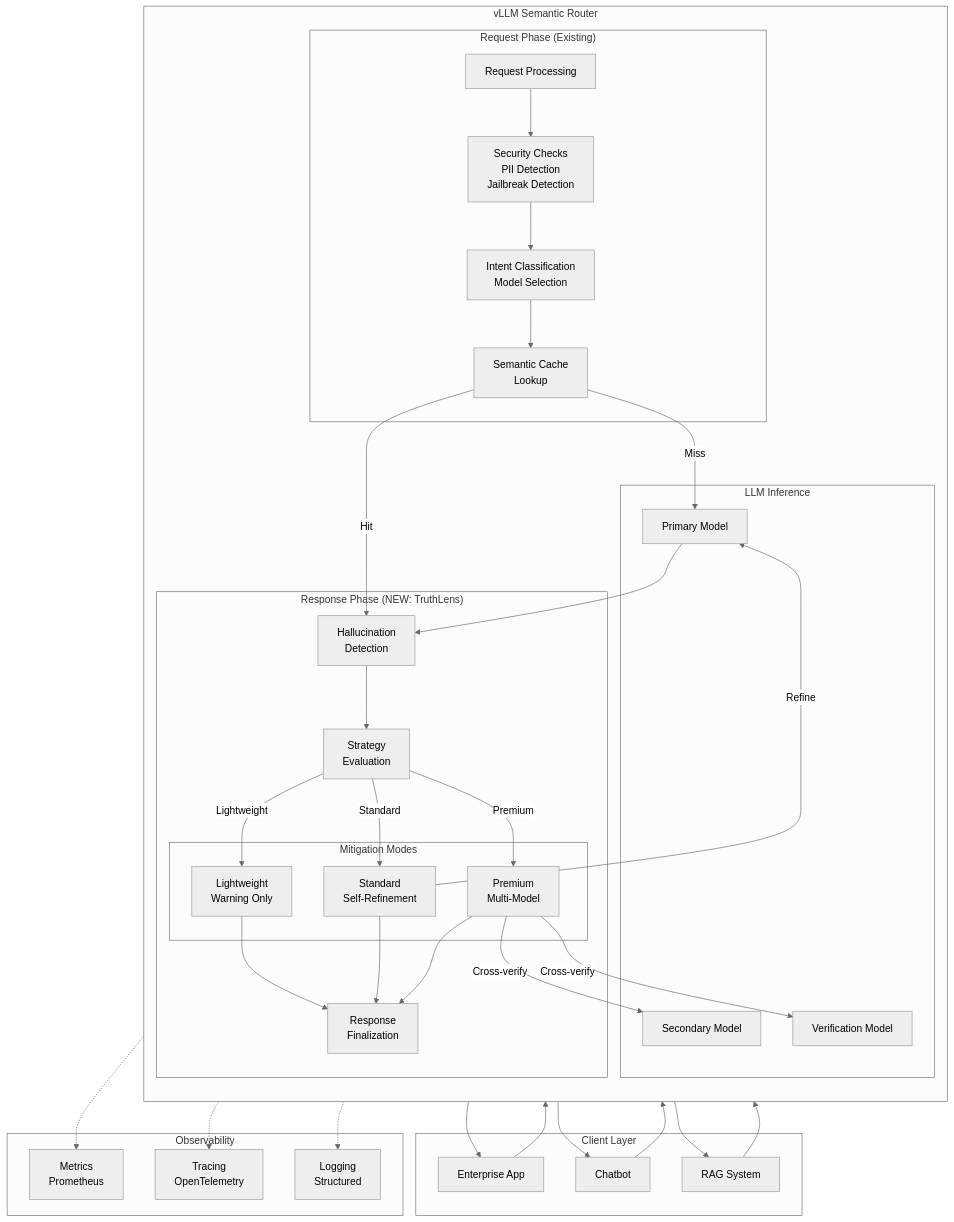
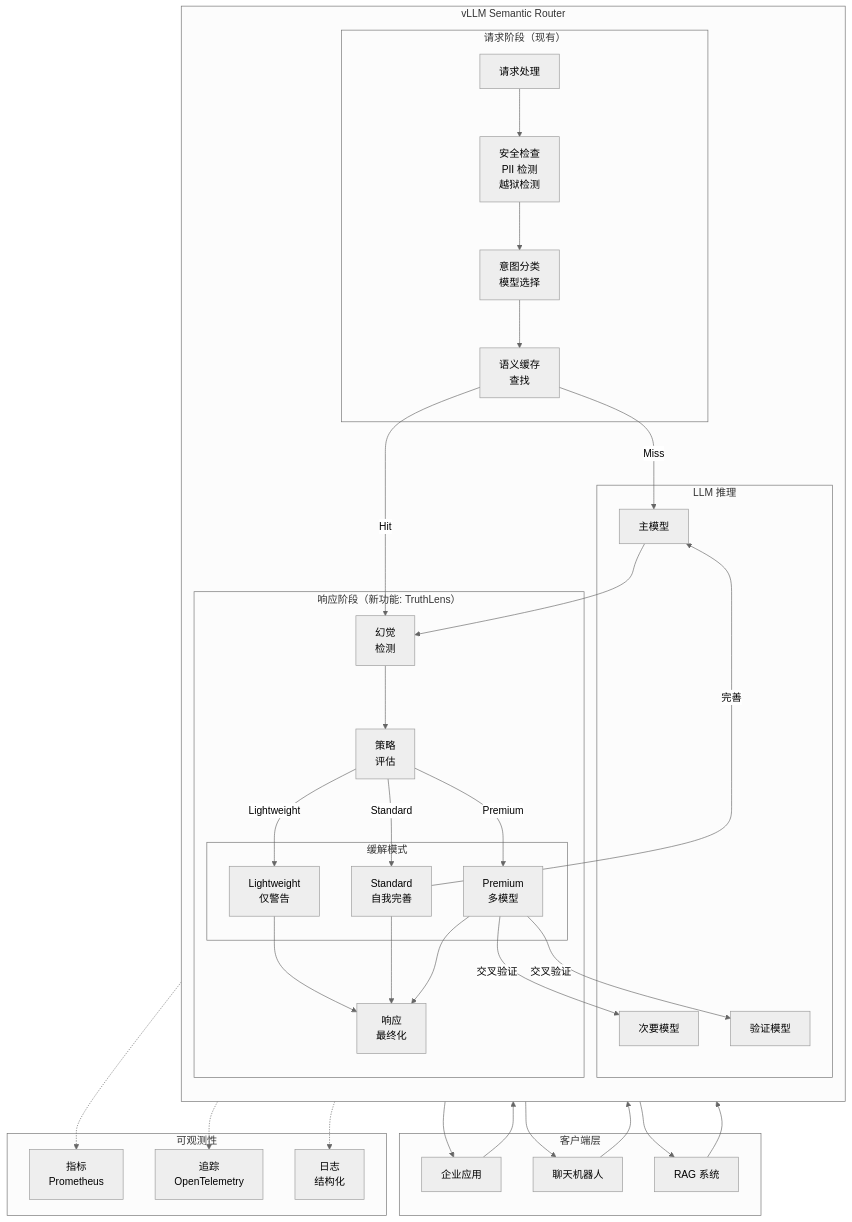
One commit to vllm-project/semantic-router changed the seventh of 14 diagrams in website/i18n/zh-Hans/docusaurus-plugin-content-docs/current/proposals/hallucination-mitigation-milestone.md. Above: the diagram before and after it, drawn with Mermaid (neutral theme). The commit also changed other lines of this file and 7 other files, not shown here.

````diff
--- a/website/i18n/zh-Hans/docusaurus-plugin-content-docs/current/proposals/hallucination-mitigation-milestone.md
+++ b/website/i18n/zh-Hans/docusaurus-plugin-content-docs/current/proposals/hallucination-mitigation-milestone.md
@@ -614,75 +622,75 @@
 ```mermaid
 flowchart TB
-    subgraph "Client Layer"
-        C1[Enterprise App]
-        C2[Chatbot]
-        C3[RAG System]
+    subgraph "客户端层"
+        C1[企业应用]
+        C2[聊天机器人]
+        C3[RAG 系统]
     end
 
     subgraph "vLLM Semantic Router"
         direction TB
 
-        subgraph "Request Phase (Existing)"
-            REQ[Request Processing]
-            SEC[Security Checks<br/>PII Detection<br/>Jailbreak Detection]
-            ROUTE[Intent Classification<br/>Model Selection]
-            CACHE_R[Semantic Cache<br/>Lookup]
+        subgraph "请求阶段（现有）"
+            REQ[请求处理]
+            SEC[安全检查<br/>PII 检测<br/>越狱检测]
+            ROUTE[意图分类<br/>模型选择]
+            CACHE_R[语义缓存<br/>查找]
         end
 
-        subgraph "LLM Inference"
-            LLM1[Primary Model]
-            LLM2[Secondary Model]
-            LLM3[Verification Model]
+        subgraph "LLM 推理"
+            LLM1[主模型]
+            LLM2[次要模型]
+            LLM3[验证模型]
         end
 
-        subgraph "Response Phase (NEW: TruthLens)"
-            DET[Hallucination<br/>Detection]
-            EVAL[Strategy<br/>Evaluation]
+        subgraph "响应阶段（新功能: TruthLens）"
+            DET[幻觉<br/>检测]
+            EVAL[策略<br/>评估]
 
-            subgraph "Mitigation Modes"
-                M1[Lightweight<br/>Warning Only]
-                M2[Standard<br/>Self-Refinement]
-                M3[Premium<br/>Multi-Model]
+            subgraph "缓解模式"
+                M1[Lightweight<br/>仅警告]
+                M2[Standard<br/>自我完善]
+                M3[Premium<br/>多模型]
             end
 
-            FINAL[Response<br/>Finalization]
+            FINAL[响应<br/>最终化]
         end
     end
 
-    subgraph "Observability"
-        METRICS[Metrics<br/>Prometheus]
-        TRACE[Tracing<br/>OpenTelemetry]
-        LOG[Logging<br/>Structured]
+    subgraph "可观测性"
+        METRICS[指标<br/>Prometheus]
+        TRACE[追踪<br/>OpenTelemetry]
+        LOG[日志<br/>结构化]
     end
 
     C1 --> REQ
     C2 --> REQ
     C3 --> REQ
 
     REQ --> SEC --> ROUTE --> CACHE_R
     CACHE_R -->|Miss| LLM1
     CACHE_R -->|Hit| DET
 
     LLM1 --> DET
     DET --> EVAL
 
     EVAL -->|Lightweight| M1
     EVAL -->|Standard| M2
     EVAL -->|Premium| M3
 
-    M2 -->|Refine| LLM1
-    M3 -->|Cross-verify| LLM2
-    M3 -->|Cross-verify| LLM3
+    M2 -->|完善| LLM1
+    M3 -->|交叉验证| LLM2
+    M3 -->|交叉验证| LLM3
 
     M1 --> FINAL
     M2 --> FINAL
     M3 --> FINAL
 
     FINAL --> C1
     FINAL --> C2
     FINAL --> C3
 
     DET -.-> METRICS
     DET -.-> TRACE
     DET -.-> LOG
 ```
````
